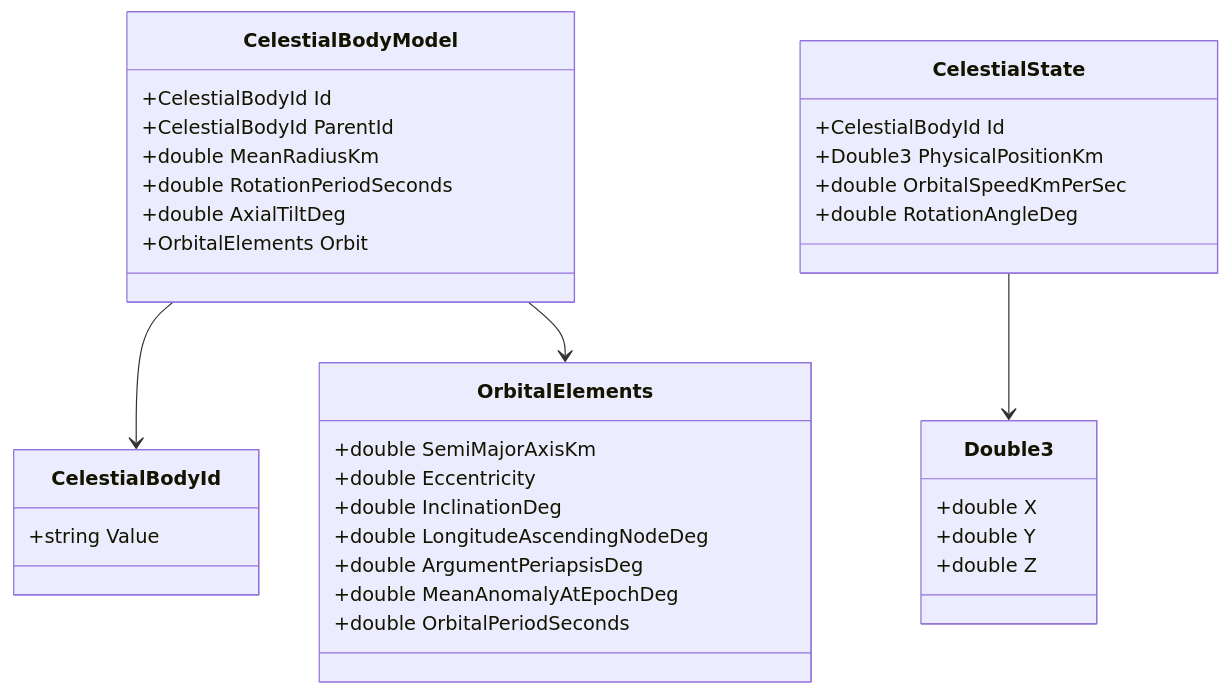
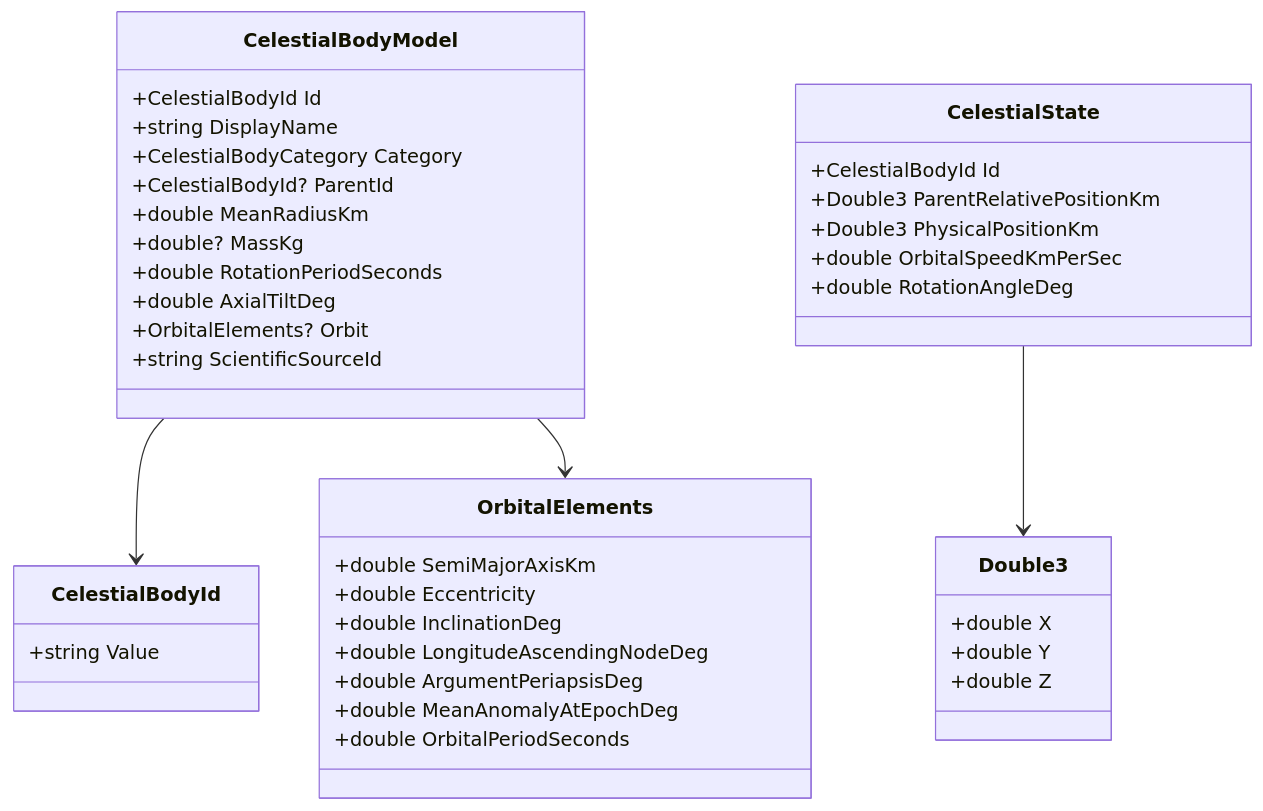
Before and after one commit to TanvirAhmedArnab/SolarSystem: the fourth of 4 diagrams in Docs/Technical/TDD.md, drawn with Mermaid. The commit also changed other lines of this file and 37 other files, not shown here.

````diff
--- a/Docs/Technical/TDD.md
+++ b/Docs/Technical/TDD.md
@@ -368,37 +369,42 @@
 ```mermaid
 classDiagram
     class CelestialBodyId {
         +string Value
     }
     class Double3 {
         +double X
         +double Y
         +double Z
     }
     class OrbitalElements {
         +double SemiMajorAxisKm
         +double Eccentricity
         +double InclinationDeg
         +double LongitudeAscendingNodeDeg
         +double ArgumentPeriapsisDeg
         +double MeanAnomalyAtEpochDeg
         +double OrbitalPeriodSeconds
     }
     class CelestialBodyModel {
         +CelestialBodyId Id
-        +CelestialBodyId ParentId
+        +string DisplayName
+        +CelestialBodyCategory Category
+        +CelestialBodyId? ParentId
         +double MeanRadiusKm
+        +double? MassKg
         +double RotationPeriodSeconds
         +double AxialTiltDeg
-        +OrbitalElements Orbit
+        +OrbitalElements? Orbit
+        +string ScientificSourceId
     }
     class CelestialState {
         +CelestialBodyId Id
+        +Double3 ParentRelativePositionKm
         +Double3 PhysicalPositionKm
         +double OrbitalSpeedKmPerSec
         +double RotationAngleDeg
     }
     CelestialBodyModel --> CelestialBodyId
     CelestialBodyModel --> OrbitalElements
     CelestialState --> Double3
 ```
````
